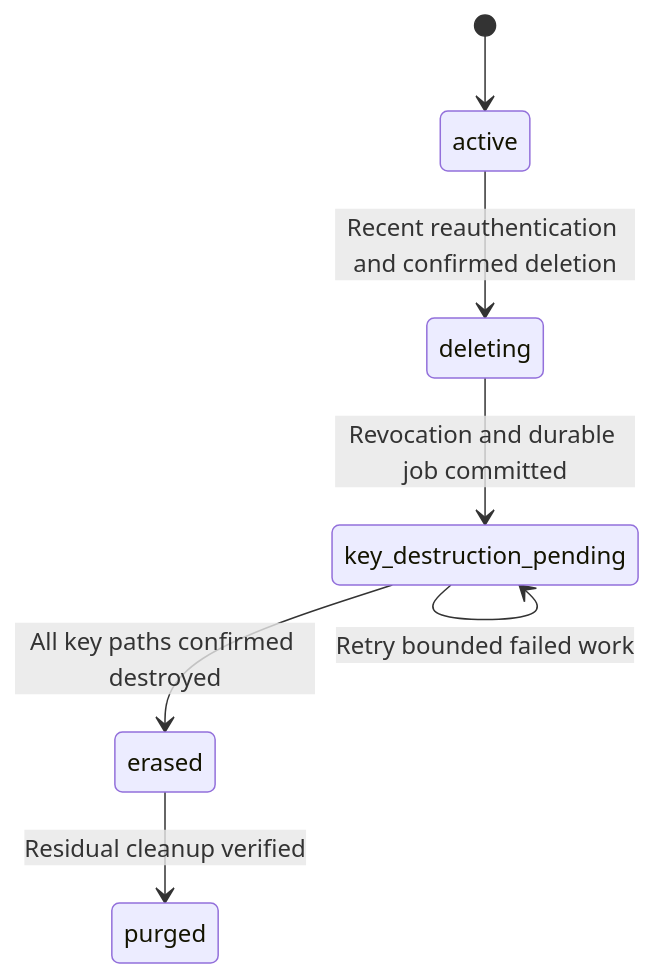
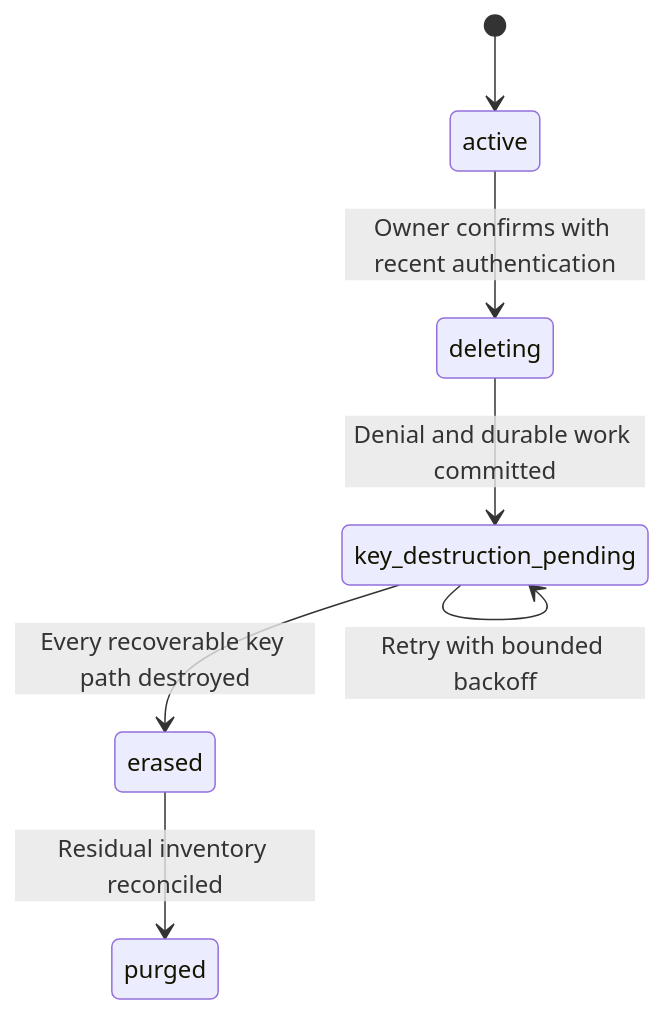
One commit to SGOD-pro/OAuth2.1 changed the diagram in docs/DATA_LIFECYCLE.md. Above: the diagram before and after it, drawn with Mermaid. The commit also changed other lines of this file and 22 other files, not shown here.

Commit message:
docs: expand V2 architecture, identity workflows and implementation roadmap

````diff
--- a/docs/DATA_LIFECYCLE.md
+++ b/docs/DATA_LIFECYCLE.md
@@ -55,9 +100,9 @@
 ```mermaid
 stateDiagram-v2
     [*] --> active
-    active --> deleting: Recent reauthentication and confirmed deletion
-    deleting --> key_destruction_pending: Revocation and durable job committed
-    key_destruction_pending --> erased: All key paths confirmed destroyed
-    key_destruction_pending --> key_destruction_pending: Retry bounded failed work
-    erased --> purged: Residual cleanup verified
+    active --> deleting: Owner confirms with recent authentication
+    deleting --> key_destruction_pending: Denial and durable work committed
+    key_destruction_pending --> erased: Every recoverable key path destroyed
+    erased --> purged: Residual inventory reconciled
+    key_destruction_pending --> key_destruction_pending: Retry with bounded backoff
 ```
````
